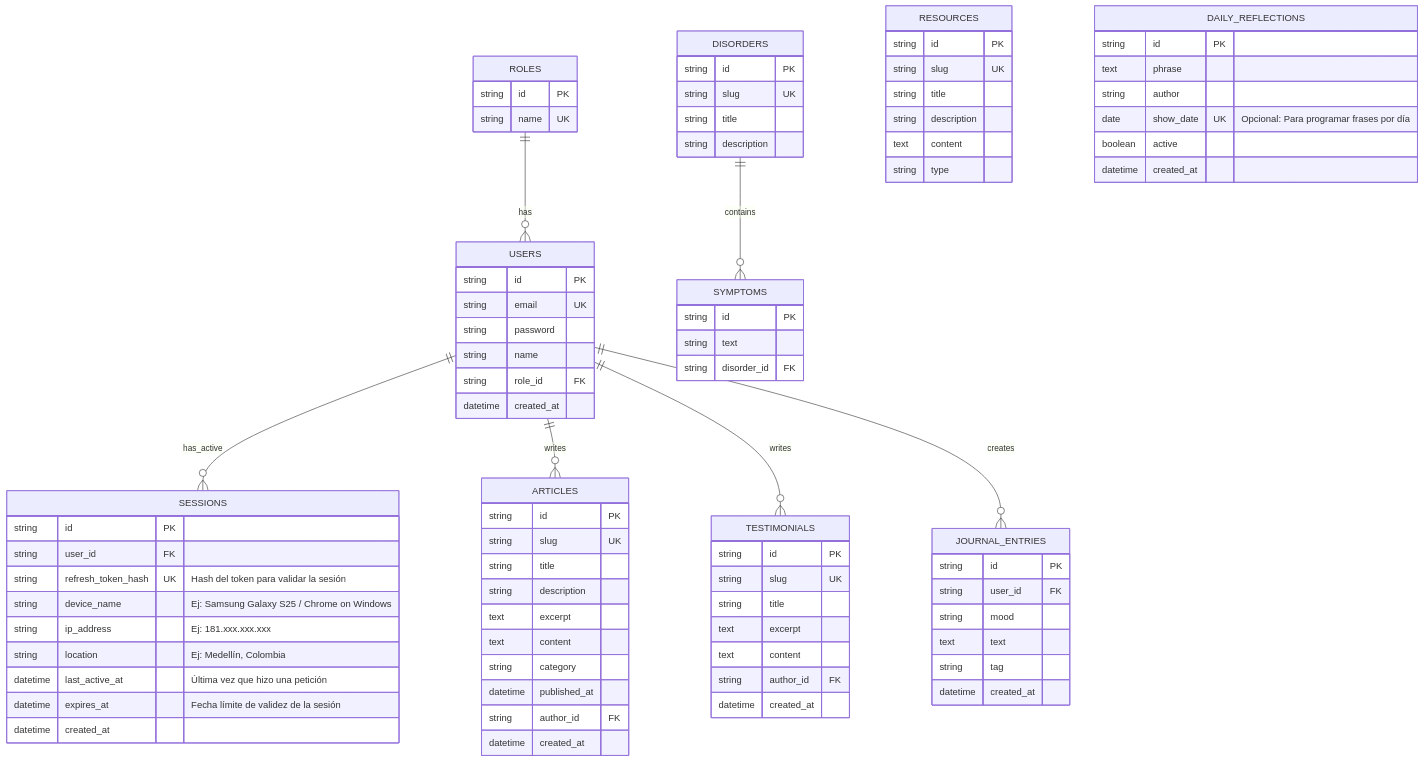
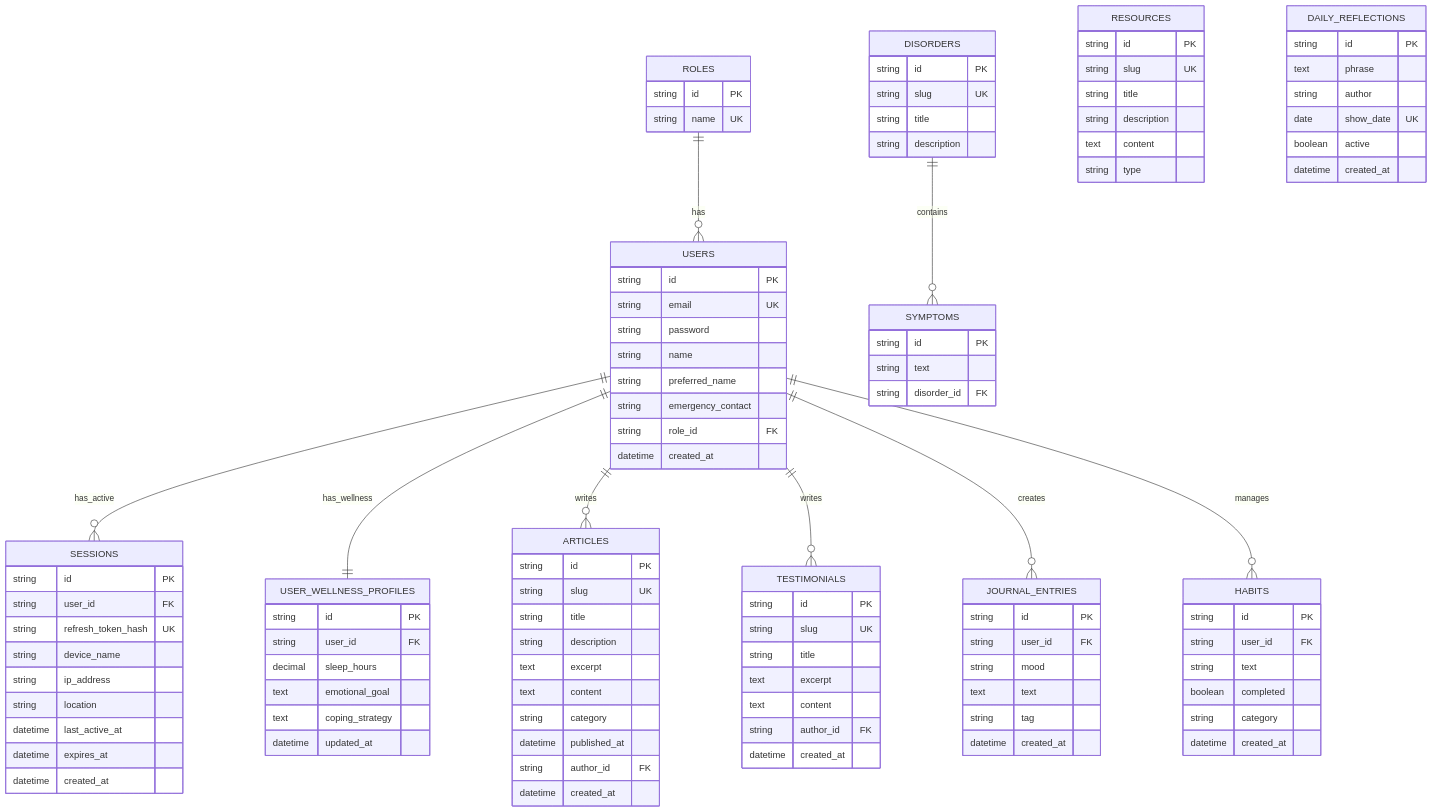
Before and after one commit to andrey-burga/mental-health-api: the diagram in modelo.mmd, drawn with Mermaid. The commit also changed 6 other files, not shown here.

```diff
--- a/modelo.mmd
+++ b/modelo.mmd
@@ -1,99 +1,123 @@
 erDiagram
 
     ROLES {
         string id PK
         string name UK
     }
 
     USERS {
         string id PK
         string email UK
         string password
         string name
+        string preferred_name
+        string emergency_contact
         string role_id FK
         datetime created_at
+    }
+
+    USER_WELLNESS_PROFILES {
+        string id PK
+        string user_id FK
+        decimal sleep_hours
+        text emotional_goal
+        text coping_strategy
+        datetime updated_at
     }
 
     SESSIONS {
         string id PK
         string user_id FK
-        string refresh_token_hash UK "Hash del token para validar la sesión"
-        string device_name "Ej: Samsung Galaxy S25 / Chrome on Windows"
-        string ip_address "Ej: 181.xxx.xxx.xxx"
-        string location "Ej: Medellín, Colombia"
-        datetime last_active_at "Última vez que hizo una petición"
-        datetime expires_at "Fecha límite de validez de la sesión"
+        string refresh_token_hash UK
+        string device_name
+        string ip_address
+        string location
+        datetime last_active_at
+        datetime expires_at
         datetime created_at
     }
 
     ARTICLES {
         string id PK
         string slug UK
         string title
         string description
         text excerpt
         text content
         string category
         datetime published_at
         string author_id FK
         datetime created_at
     }
 
     TESTIMONIALS {
         string id PK
         string slug UK
         string title
         text excerpt
         text content
         string author_id FK
         datetime created_at
     }
 
     DISORDERS {
         string id PK
         string slug UK
         string title
         string description
     }
 
     SYMPTOMS {
         string id PK
         string text
         string disorder_id FK
     }
 
     RESOURCES {
         string id PK
         string slug UK
         string title
         string description
         text content
         string type
     }
 
     JOURNAL_ENTRIES {
         string id PK
         string user_id FK
         string mood
         text text
         string tag
         datetime created_at
     }
 
+    HABITS {
+        string id PK
+        string user_id FK
+        string text
+        boolean completed
+        string category
+        datetime created_at
+    }
+
     DAILY_REFLECTIONS {
         string id PK
         text phrase
         string author
-        date show_date UK "Opcional: Para programar frases por día"
+        date show_date UK
         boolean active
         datetime created_at
     }
 
     %% Relaciones
 
     ROLES ||--o{ USERS : has
+
     USERS ||--o{ SESSIONS : has_active
+    USERS ||--|| USER_WELLNESS_PROFILES : has_wellness
     USERS ||--o{ ARTICLES : writes
     USERS ||--o{ TESTIMONIALS : writes
     USERS ||--o{ JOURNAL_ENTRIES : creates
+    USERS ||--o{ HABITS : manages
+
     DISORDERS ||--o{ SYMPTOMS : contains
```
